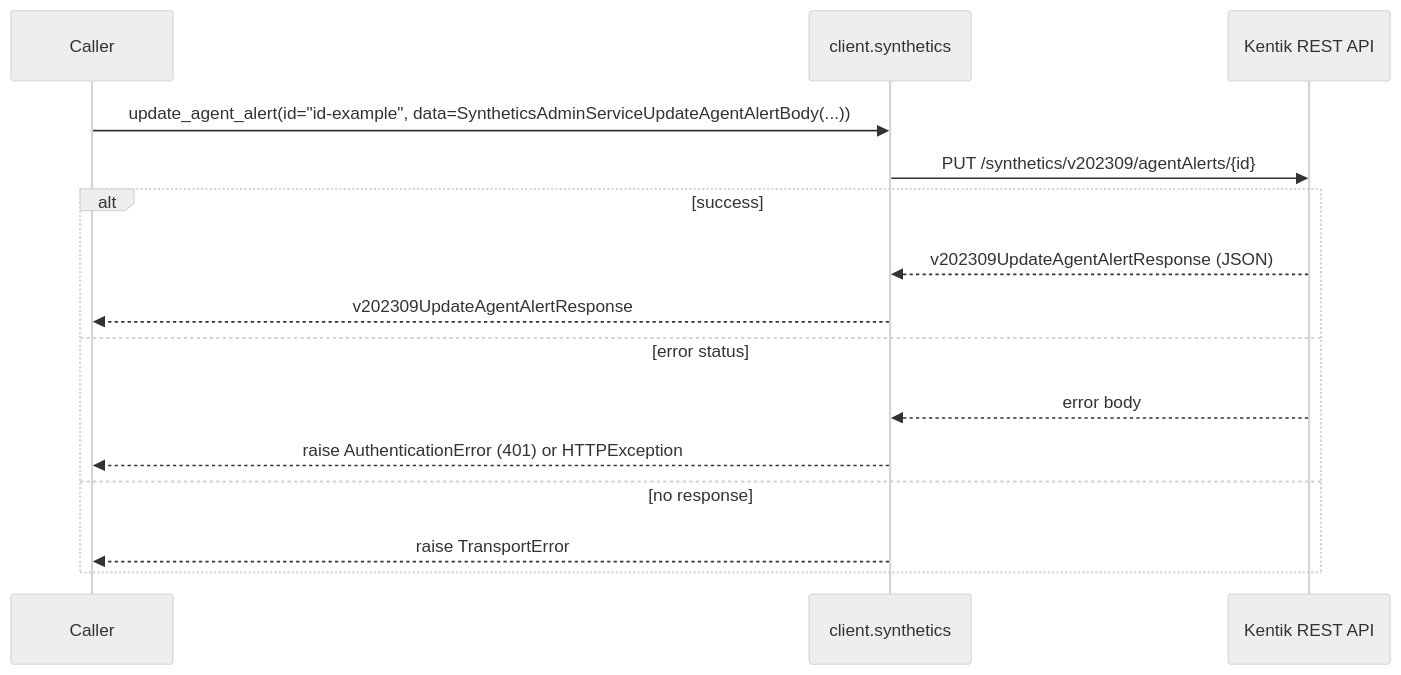
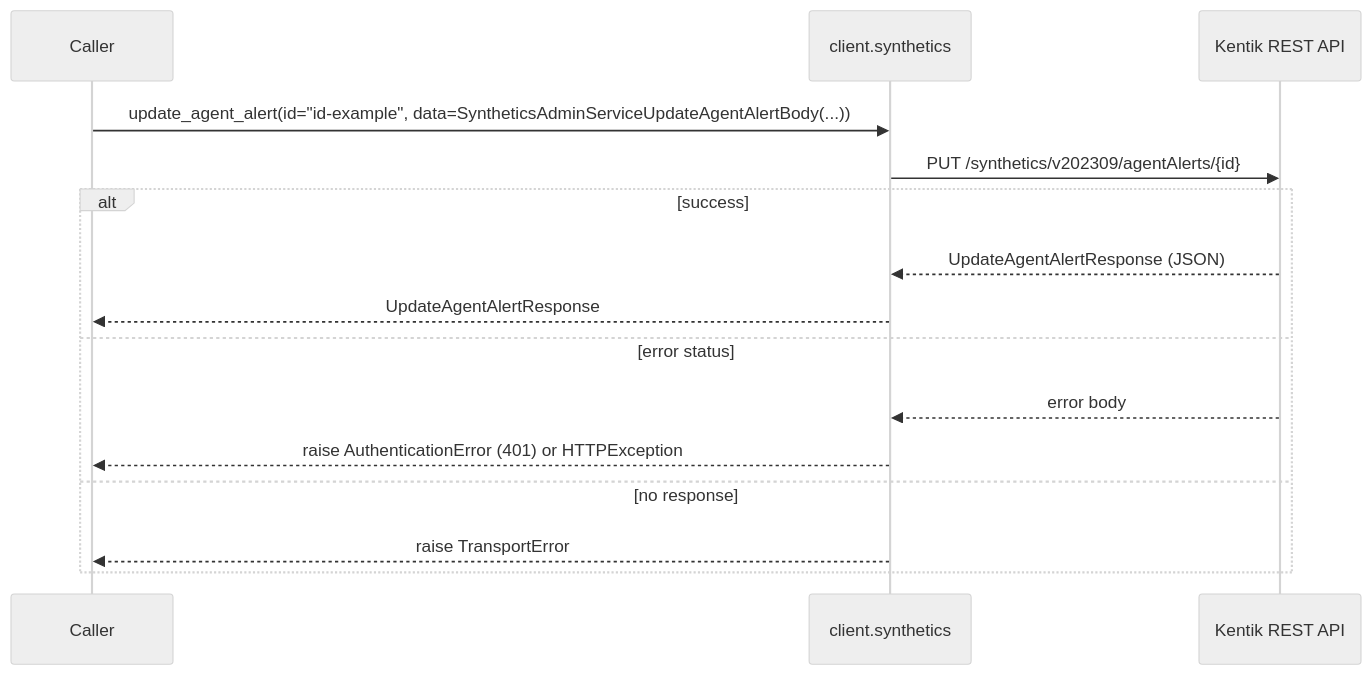
Before and after one commit to alexdearaujo/community_sdk_python: the eighth of 38 diagrams in docs/sphinx/services/synthetics.md, drawn with Mermaid (neutral theme). The commit also changed other lines of this file and 38 other files, not shown here.

````diff
--- a/docs/sphinx/services/synthetics.md
+++ b/docs/sphinx/services/synthetics.md
@@ -266,18 +266,18 @@
 ```mermaid
 sequenceDiagram
     participant C as Caller
     participant W as client.synthetics
     participant API as Kentik REST API
 
     C->>W: update_agent_alert(id="id-example", data=SyntheticsAdminServiceUpdateAgentAlertBody(...))
     W->>API: PUT /synthetics/v202309/agentAlerts/{id}
     alt success
-        API-->>W: v202309UpdateAgentAlertResponse (JSON)
-        W-->>C: v202309UpdateAgentAlertResponse
+        API-->>W: UpdateAgentAlertResponse (JSON)
+        W-->>C: UpdateAgentAlertResponse
     else error status
         API-->>W: error body
         W-->>C: raise AuthenticationError (401) or HTTPException
     else no response
         W-->>C: raise TransportError
     end
 ```
````
